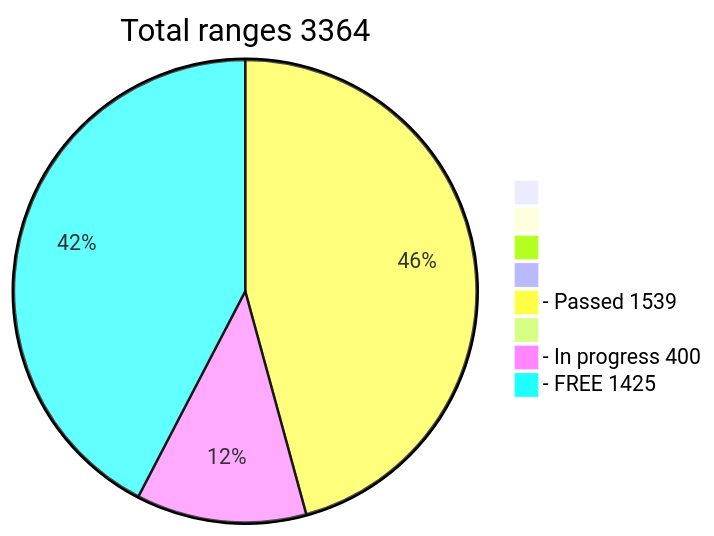
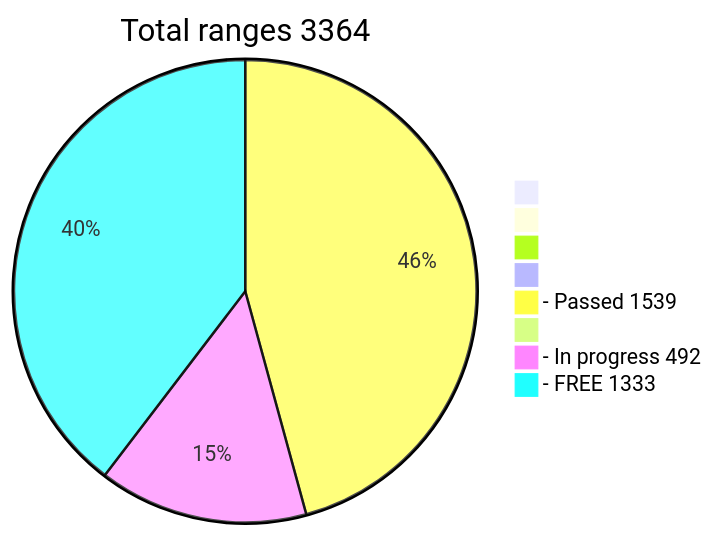
The diagram in README.md (phrutis/wif500), drawn with Mermaid before and after one commit.

````diff
--- a/README.md
+++ b/README.md
@@ -16,12 +16,12 @@
 ```mermaid
 pie title Total ranges 3364
              " " : 0
             "  " : 0
            "   " : 0
           "    " : 0
   "- Passed 1539" : 1539
          "     " : 0
-  "- In progress 400" : 400
-   "- FREE 1425" : 1425
+  "- In progress 492" : 492
+   "- FREE 1333" : 1333
    
 ```
````
